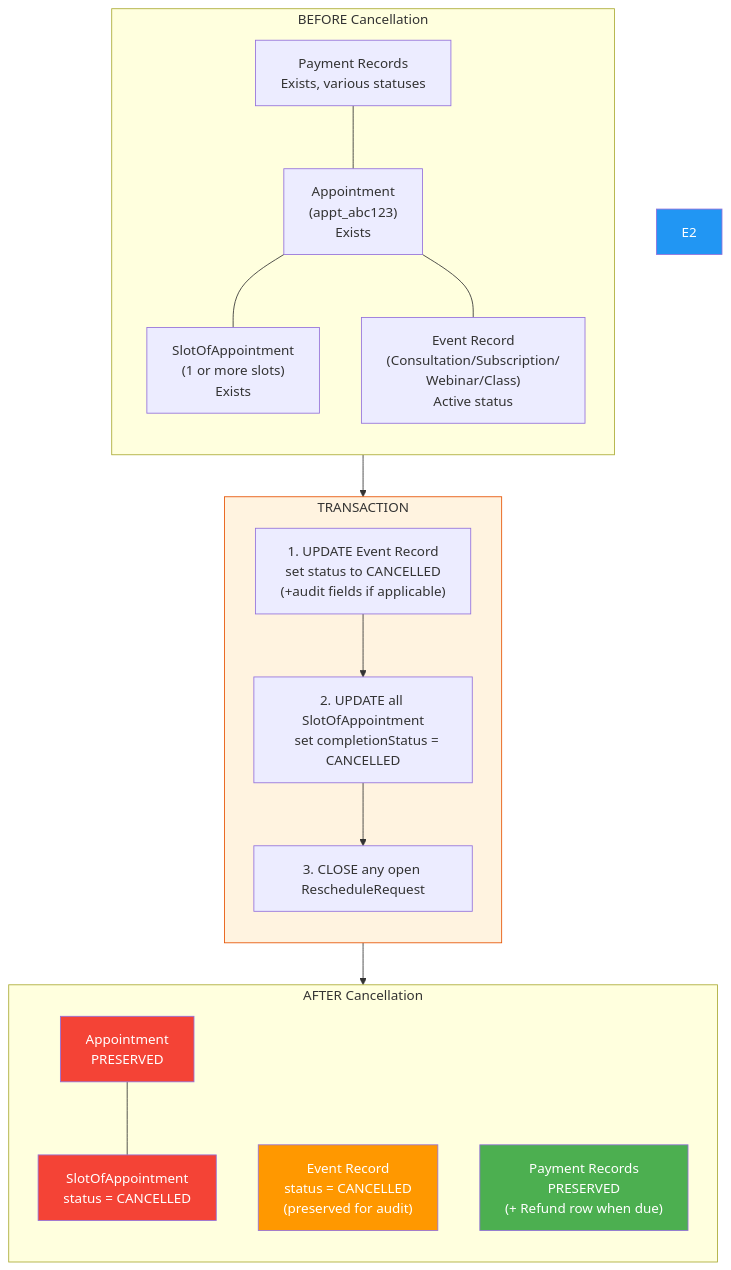
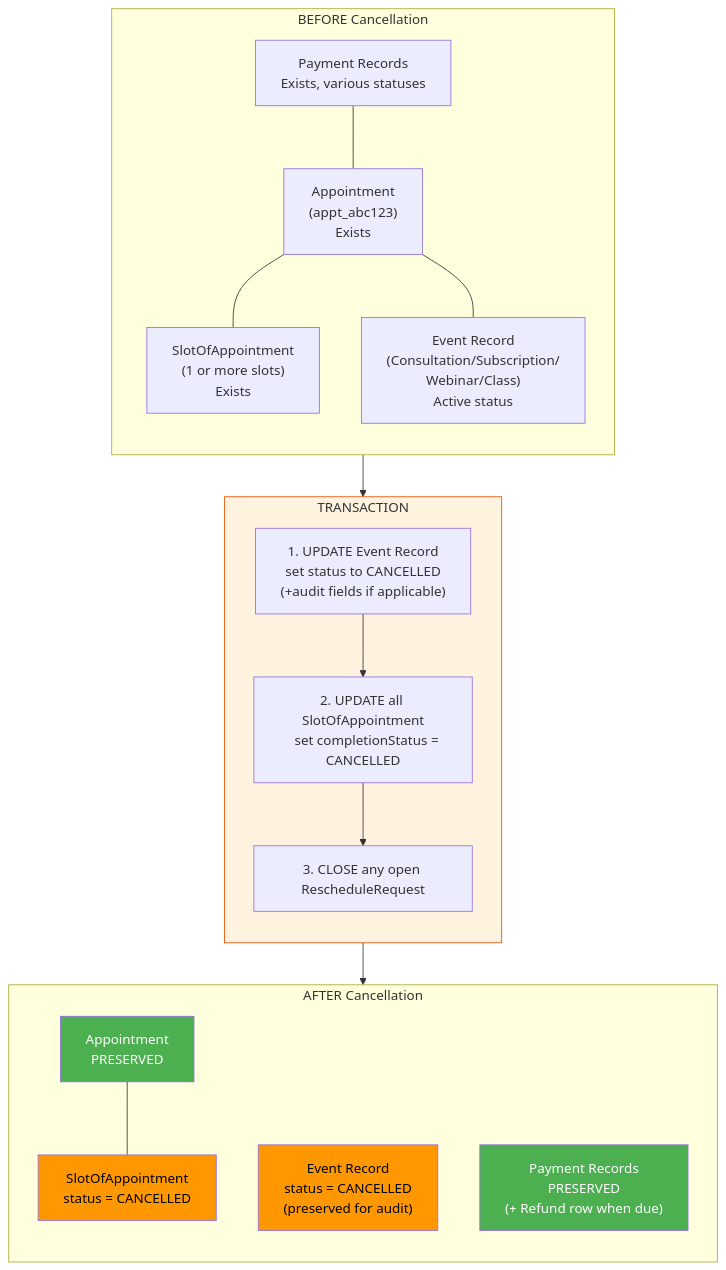
The eighth of 14 diagrams in docs/booking/08-cancellation-flow.md (Practitionist/familiarise_web), drawn with Mermaid before and after one commit. The commit also changed other lines of this file and 8 other files, not shown here.

````diff
--- a/docs/booking/08-cancellation-flow.md
+++ b/docs/booking/08-cancellation-flow.md
@@ -718,33 +856,32 @@
 ```mermaid
 flowchart TD
     subgraph BEFORE["BEFORE Cancellation"]
         direction TB
         A1["Appointment\n(appt_abc123)\nExists"] --- B1["SlotOfAppointment\n(1 or more slots)\nExists"]
         A1 --- C1["Event Record\n(Consultation/Subscription/\nWebinar/Class)\nActive status"]
         D1["Payment Records\nExists, various statuses"] --- A1
     end
 
     subgraph TRANSACTION["TRANSACTION"]
         direction TB
         T1["1. UPDATE Event Record\n   set status to CANCELLED\n   (+audit fields if applicable)"]
         T2["2. UPDATE all SlotOfAppointment\n   set completionStatus = CANCELLED"]
         T3["3. CLOSE any open RescheduleRequest"]
         T1 --> T2 --> T3
     end
 
     subgraph AFTER["AFTER Cancellation"]
         direction TB
         A2["Appointment\nPRESERVED"] --- B2["SlotOfAppointment\nstatus = CANCELLED"]
         C2["Event Record\nstatus = CANCELLED\n(preserved for audit)"]
         D2["Payment Records\nPRESERVED\n(+ Refund row when due)"]
     end
 
     BEFORE --> TRANSACTION --> AFTER
 
-    style A2 fill:#f44336,color:#fff
-    style B2 fill:#f44336,color:#fff
-    style C2 fill:#ff9800,color:#fff
+    style A2 fill:#4caf50,color:#fff
+    style B2 fill:#ff9800,color:#000
+    style C2 fill:#ff9800,color:#000
     style D2 fill:#4caf50,color:#fff
-    style E2 fill:#2196f3,color:#fff
     style TRANSACTION fill:#fff3e0,stroke:#e65100
 ```
````
